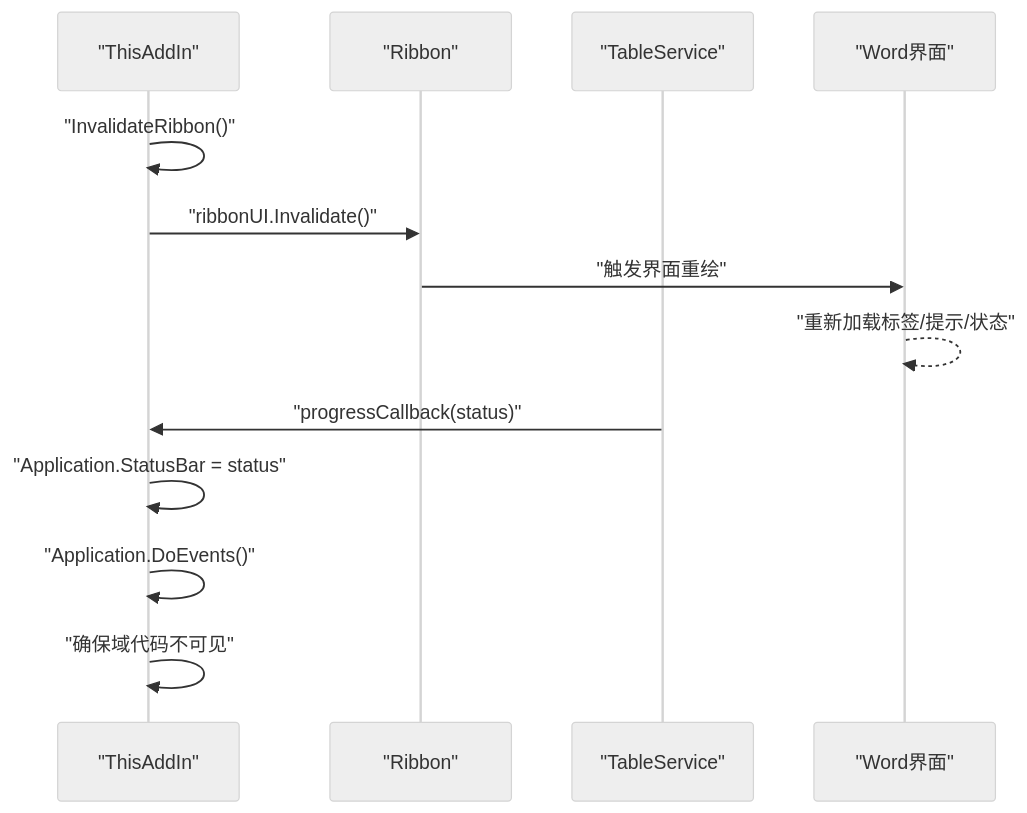
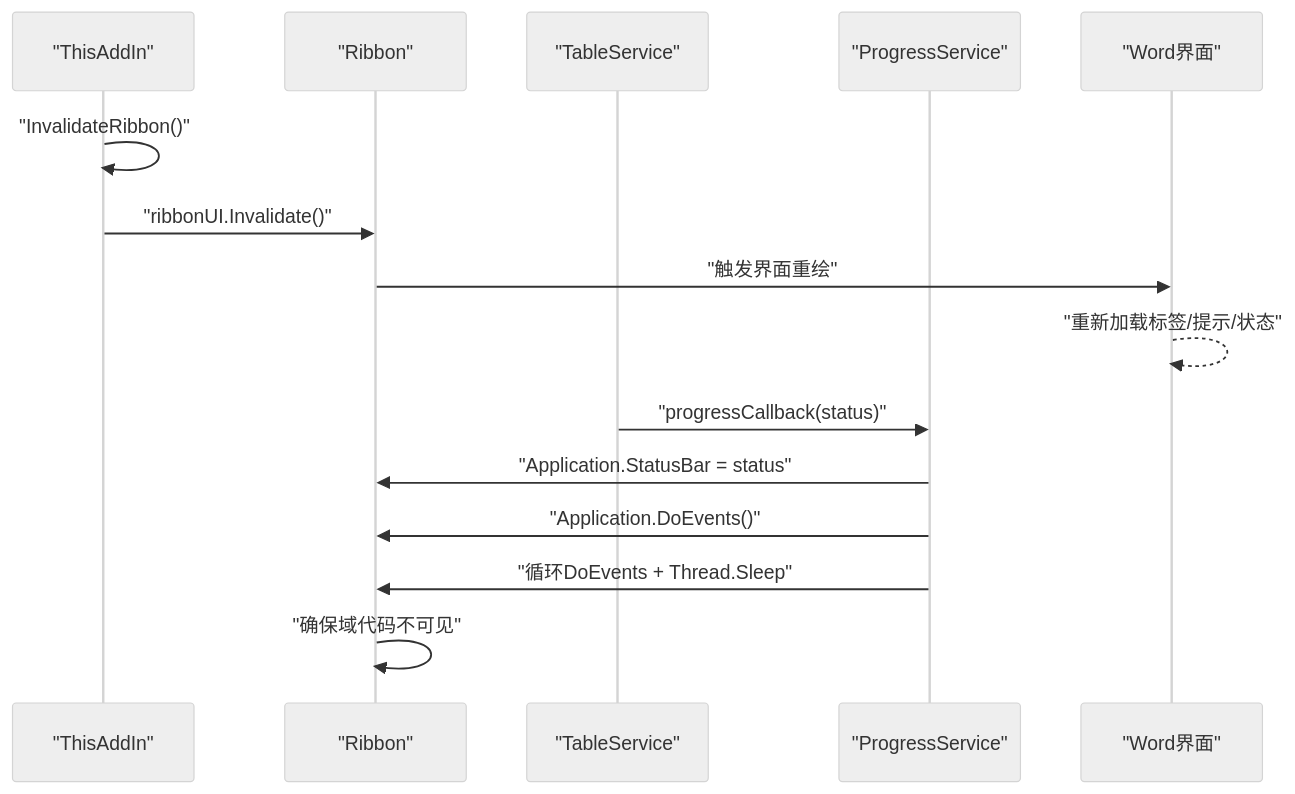
The ninth of 13 diagrams in .qoder/repowiki/zh/content/架构设计/Ribbon界面系统.md (rainiva/WordTools), drawn with Mermaid (neutral theme) before and after one commit. The commit also changed other lines of this file and 5 other files, not shown here.

````diff
--- a/.qoder/repowiki/zh/content/架构设计/Ribbon界面系统.md
+++ b/.qoder/repowiki/zh/content/架构设计/Ribbon界面系统.md
@@ -389,15 +402,17 @@
 ```mermaid
 sequenceDiagram
 participant AddIn as "ThisAddIn"
 participant Ribbon as "Ribbon"
 participant TableService as "TableService"
+participant ProgressService as "ProgressService"
 participant UI as "Word界面"
 AddIn->>AddIn : "InvalidateRibbon()"
 AddIn->>Ribbon : "ribbonUI.Invalidate()"
 Ribbon->>UI : "触发界面重绘"
 UI-->>UI : "重新加载标签/提示/状态"
-TableService->>AddIn : "progressCallback(status)"
-AddIn->>AddIn : "Application.StatusBar = status"
-AddIn->>AddIn : "Application.DoEvents()"
-AddIn->>AddIn : "确保域代码不可见"
+TableService->>ProgressService : "progressCallback(status)"
+ProgressService->>Ribbon : "Application.StatusBar = status"
+ProgressService->>Ribbon : "Application.DoEvents()"
+ProgressService->>Ribbon : "循环DoEvents + Thread.Sleep"
+Ribbon->>Ribbon : "确保域代码不可见"
 ```
````
